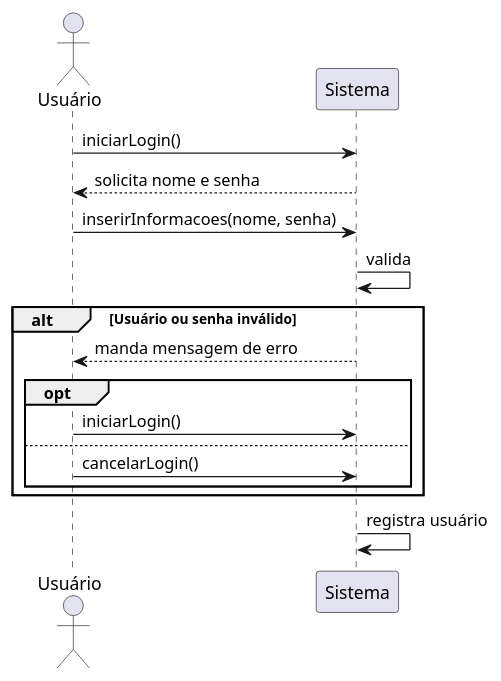
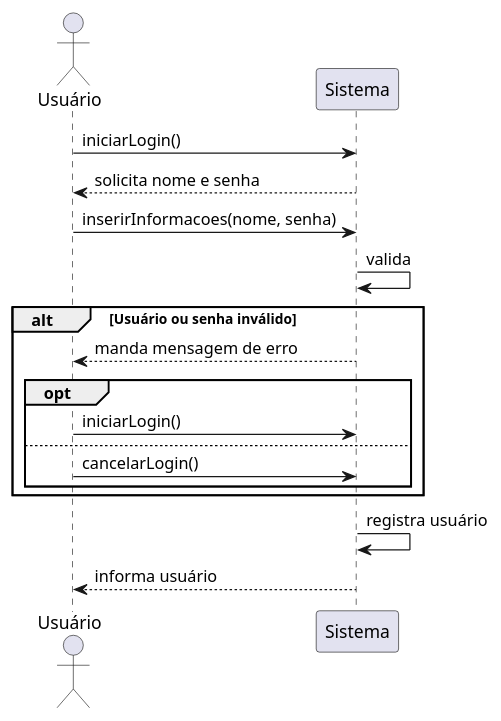
One commit to tikaradate/CI1163-Design_de_Software changed the diagram in casos_de_uso/caso-4/4-DSS.plantuml. Above: the diagram before and after it, drawn with PlantUML. The commit also changed 1 other file, not shown here.

```diff
--- a/casos_de_uso/caso-4/4-DSS.plantuml
+++ b/casos_de_uso/caso-4/4-DSS.plantuml
@@ -1,21 +1,23 @@
 @startuml
 
 actor Usuário as Usuário
 
 Usuário -> Sistema : iniciarLogin()
 Usuário <-- Sistema : solicita nome e senha
 Usuário -> Sistema : inserirInformacoes(nome, senha)
 Sistema -> Sistema : valida
 
 alt Usuário ou senha inválido
     Usuário <-- Sistema : manda mensagem de erro
     opt
         Usuário -> Sistema : iniciarLogin()
     else
         Usuário -> Sistema : cancelarLogin()
     end
 end 
 
 Sistema -> Sistema : registra usuário
+Usuário <-- Sistema : informa usuário
+
 
 @enduml
```
